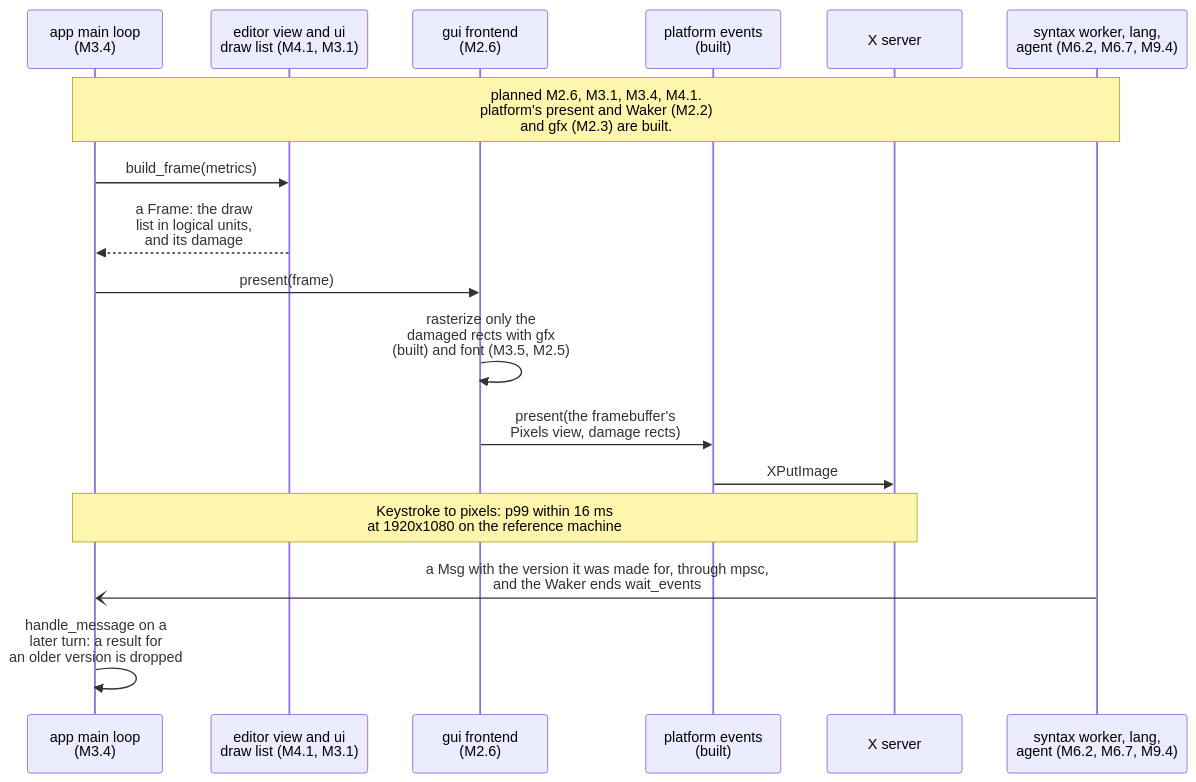
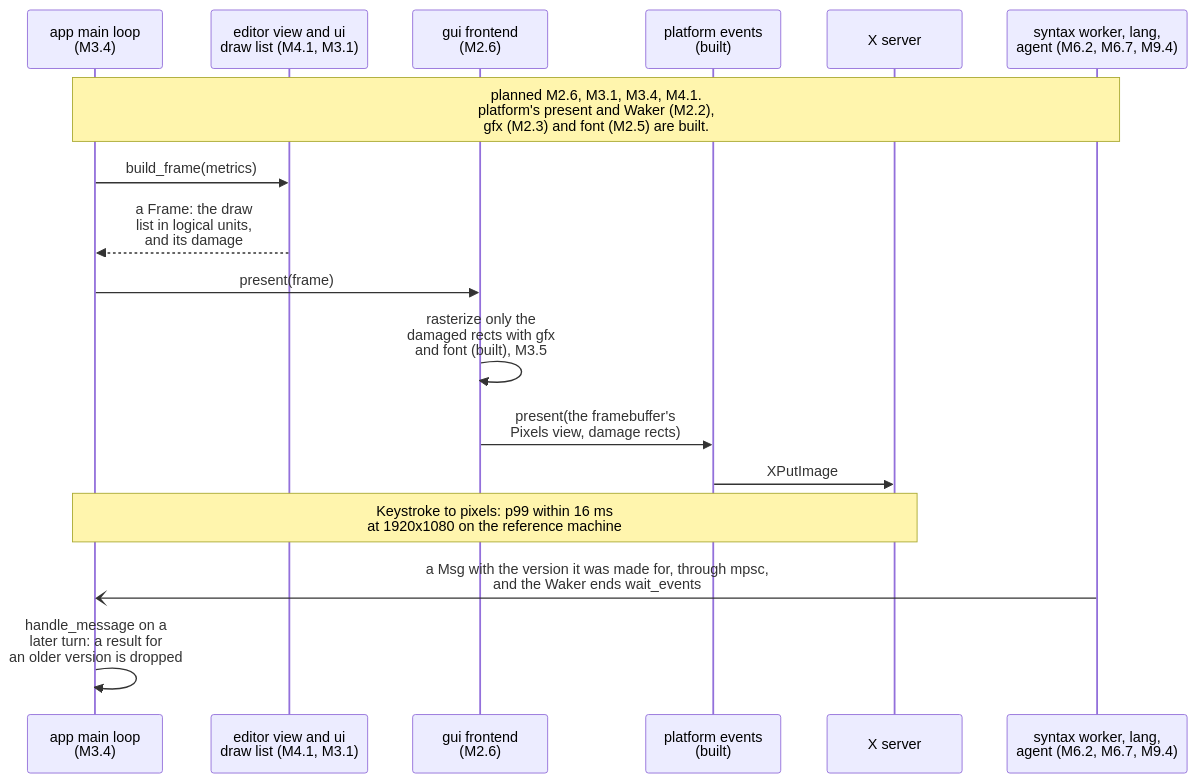
One commit to jabbott-iii/Tidepool changed diagram 13 of 22 in diagrams/sequence-diagrams.md. Above: the diagram before and after it, drawn with Mermaid. The commit also changed other lines of this file and 33 other files, not shown here.

````diff
--- a/diagrams/sequence-diagrams.md
+++ b/diagrams/sequence-diagrams.md
@@ -631,20 +632,20 @@
 ```mermaid
 sequenceDiagram
     participant ML as app main loop<br/>(M3.4)
     participant View as editor view and ui<br/>draw list (M4.1, M3.1)
     participant Fe as gui frontend<br/>(M2.6)
     participant Plat as platform events<br/>(built)
     participant Disp as X server
     participant Bg as syntax worker, lang,<br/>agent (M6.2, M6.7, M9.4)
 
-    Note over ML,Bg: planned M2.6, M3.1, M3.4, M4.1.<br/>platform's present and Waker (M2.2)<br/>and gfx (M2.3) are built.
+    Note over ML,Bg: planned M2.6, M3.1, M3.4, M4.1.<br/>platform's present and Waker (M2.2),<br/>gfx (M2.3) and font (M2.5) are built.
     ML->>View: build_frame(metrics)
     View-->>ML: a Frame: the draw<br/>list in logical units,<br/>and its damage
     ML->>Fe: present(frame)
-    Fe->>Fe: rasterize only the<br/>damaged rects with gfx<br/>(built) and font (M3.5, M2.5)
+    Fe->>Fe: rasterize only the<br/>damaged rects with gfx<br/>and font (built), M3.5
     Fe->>Plat: present(the framebuffer's<br/>Pixels view, damage rects)
     Plat->>Disp: XPutImage
     Note over ML,Disp: Keystroke to pixels: p99 within 16 ms<br/>at 1920x1080 on the reference machine
     Bg-)ML: a Msg with the version it was made for, through mpsc,<br/>and the Waker ends wait_events
     ML->>ML: handle_message on a<br/>later turn: a result for<br/>an older version is dropped
 ```
````
